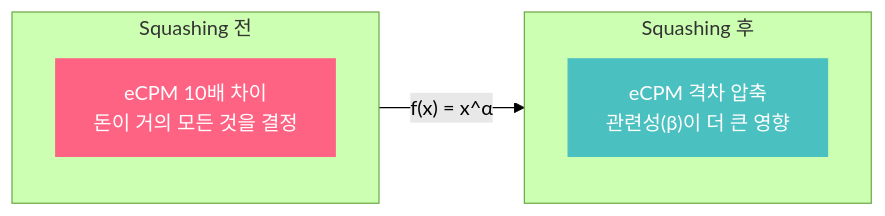
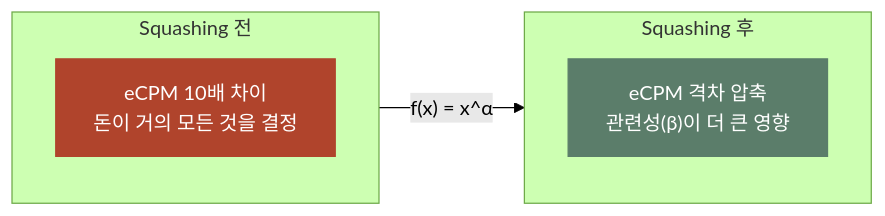
One commit to chkimsu/adtech-blog changed the third of 3 diagrams in posts/ltv-ad-ranking.md. Above: the diagram before and after it, drawn with Mermaid (forest theme). The commit also changed other lines of this file and 40 other files, not shown here.

````diff
--- a/posts/ltv-ad-ranking.md
+++ b/posts/ltv-ad-ranking.md
@@ -436,14 +436,14 @@
 ```mermaid
 graph LR
     subgraph Before["Squashing 전"]
         B1["eCPM 10배 차이<br/>돈이 거의 모든 것을 결정"]
     end
     subgraph After["Squashing 후"]
         A1["eCPM 격차 압축<br/>관련성(β)이 더 큰 영향"]
     end
 
     Before -->|"f(x) = x^α"| After
 
-    style B1 fill:#ff6384,stroke:#ff6384,color:#fff
-    style A1 fill:#4bc0c0,stroke:#4bc0c0,color:#fff
+    style B1 fill:#b0442c,stroke:#b0442c,color:#fff
+    style A1 fill:#5b7d6a,stroke:#5b7d6a,color:#fff
 ```
````
